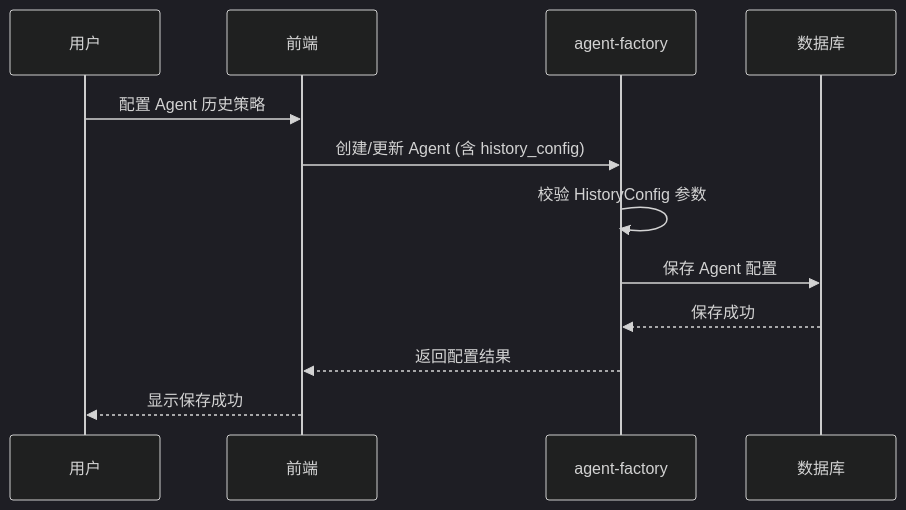
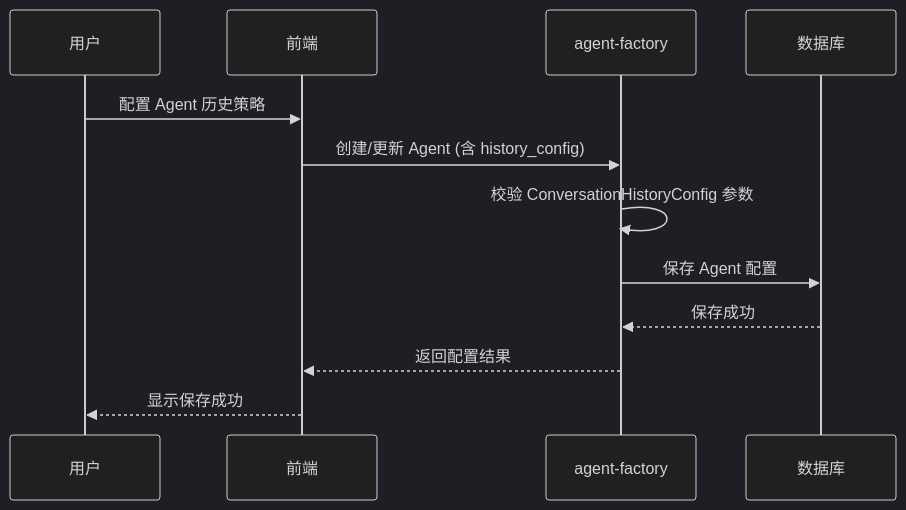
One commit to kweaver-ai/decision-agent changed the first of 3 diagrams in agent-backend/agent-factory/docs/feature/02-history-config/HistoryConfig历史对话策略配置设计文档.md. Above: the diagram before and after it, drawn with Mermaid (dark theme). The commit also changed other lines of this file and 18 other files, not shown here.

````diff
--- a/agent-backend/agent-factory/docs/feature/02-history-config/HistoryConfig历史对话策略配置设计文档.md
+++ b/agent-backend/agent-factory/docs/feature/02-history-config/HistoryConfig历史对话策略配置设计文档.md
@@ -105,15 +110,15 @@
 ```mermaid
 sequenceDiagram
     participant User as 用户
     participant Frontend as 前端
     participant Factory as agent-factory
     participant DB as 数据库
 
     User->>Frontend: 配置 Agent 历史策略
     Frontend->>Factory: 创建/更新 Agent (含 history_config)
-    Factory->>Factory: 校验 HistoryConfig 参数
+    Factory->>Factory: 校验 ConversationHistoryConfig 参数
     Factory->>DB: 保存 Agent 配置
     DB-->>Factory: 保存成功
     Factory-->>Frontend: 返回配置结果
     Frontend-->>User: 显示保存成功
 ```
````
